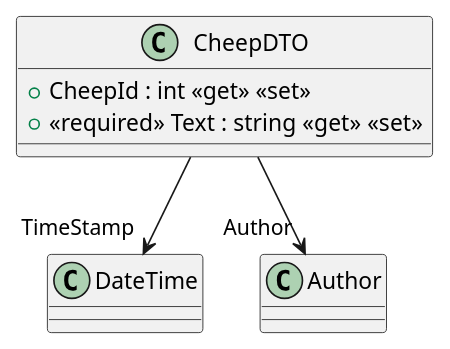
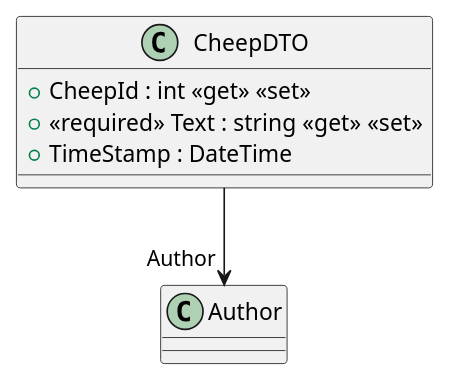
The diagram in docs/diagrams/src/Chirp.Core/DTO/CheepDTO.puml (ITU-BDSA2024-GROUP9/Chirp), drawn with PlantUML before and after one commit. The commit also changed 4 other files, not shown here.

Commit message:
created domain only diagram

```diff
--- a/docs/diagrams/src/Chirp.Core/DTO/CheepDTO.puml
+++ b/docs/diagrams/src/Chirp.Core/DTO/CheepDTO.puml
@@ -1,8 +1,8 @@
 @startuml
 class CheepDTO {
     + CheepId : int <<get>> <<set>>
     + <<required>> Text : string <<get>> <<set>>
+    + TimeStamp : DateTime
 }
-CheepDTO --> "TimeStamp" DateTime
 CheepDTO --> "Author" Author
 @enduml
```
